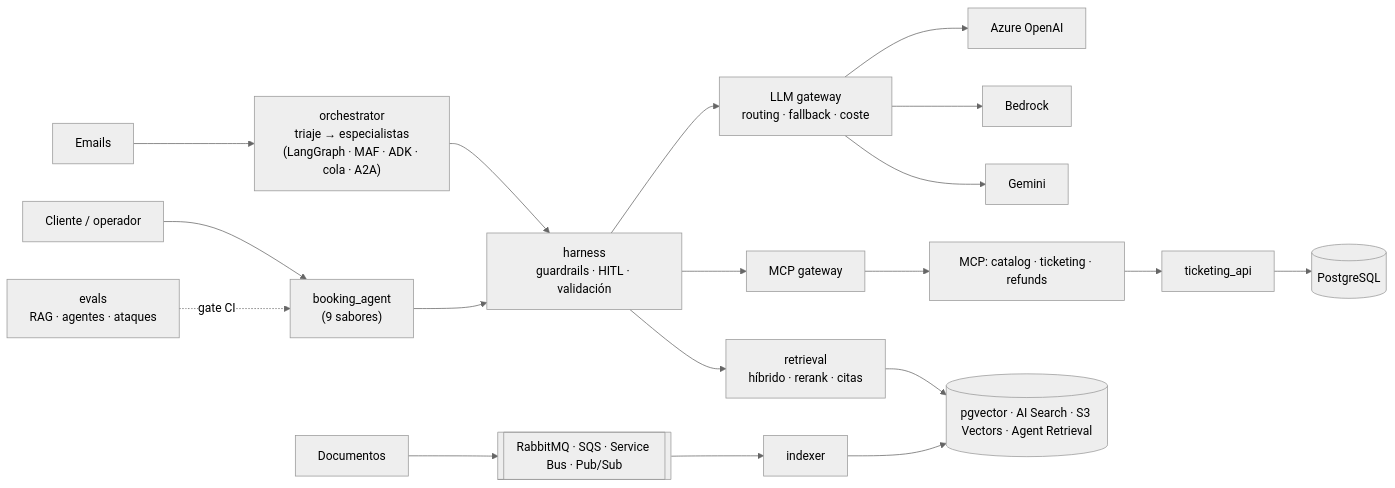
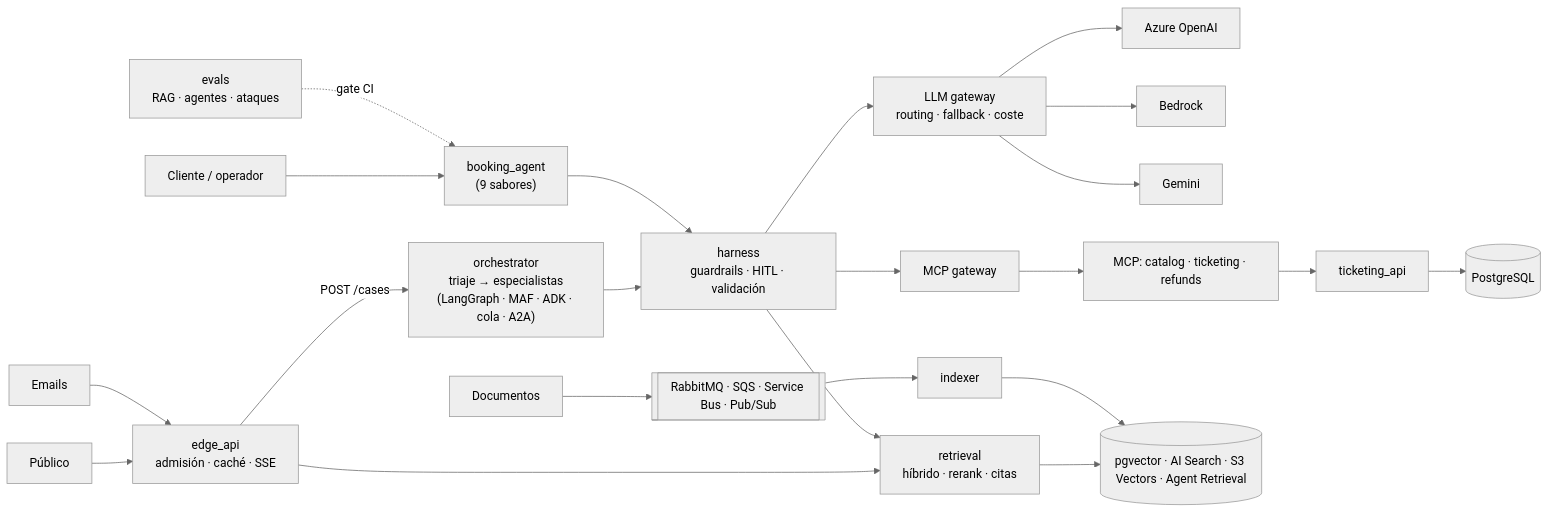
The diagram in README.md (SergioVelmay/GenAI_PoCs), drawn with Mermaid (neutral theme) before and after one commit. The commit also changed other lines of this file and 23 other files, not shown here.

````diff
--- a/README.md
+++ b/README.md
@@ -13,16 +13,19 @@
 ```mermaid
 flowchart LR
   U[Cliente / operador] --> AG["booking_agent<br/>(9 sabores)"]
-  EM[Emails] --> OR["orchestrator<br/>triaje → especialistas<br/>(LangGraph · MAF · ADK · cola · A2A)"]
+  PUB[Público] --> EDGE["edge_api<br/>admisión · caché · SSE"]
+  EM[Emails] --> EDGE
+  EDGE -->|"POST /cases"| OR["orchestrator<br/>triaje → especialistas<br/>(LangGraph · MAF · ADK · cola · A2A)"]
+  EDGE --> RET
   OR --> H
   AG --> H["harness<br/>guardrails · HITL · validación"]
   H --> GW["LLM gateway<br/>routing · fallback · coste"]
   GW --> AZ[Azure OpenAI]
   GW --> BR[Bedrock]
   GW --> GE[Gemini]
   H --> MCPG["MCP gateway"] --> MCP["MCP: catalog · ticketing · refunds"]
   MCP --> API["ticketing_api"] --> PG[(PostgreSQL)]
   H --> RET["retrieval<br/>híbrido · rerank · citas"] --> VS[(pgvector · AI Search · S3 Vectors · Agent Retrieval)]
   SRC[Documentos] --> Q[[RabbitMQ · SQS · Service Bus · Pub/Sub]] --> IDX[indexer] --> VS
-  EV["evals<br/>RAG · agentes · ataques"] -.gate CI.-> AG
+  EV["evals<br/>RAG · agentes · ataques"] -.->|"gate CI"| AG
 ```
````
